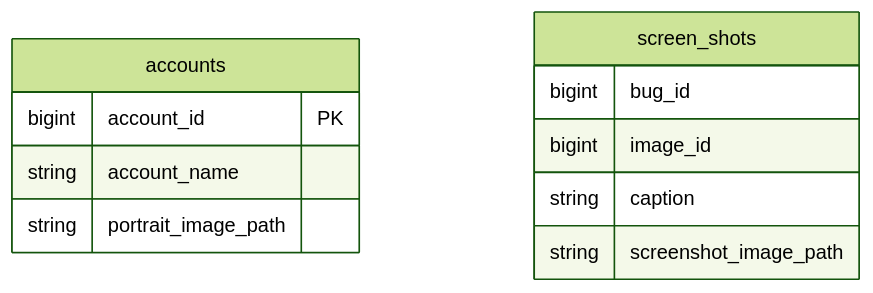
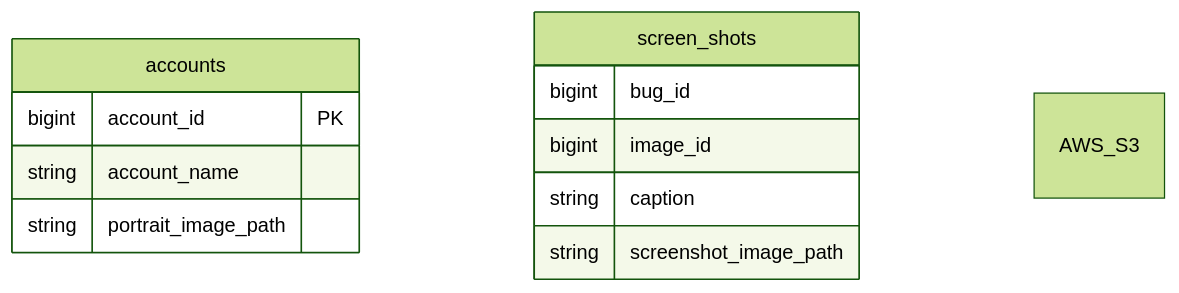
One commit to kuromitsu0104/TIL changed diagram 15 of 15 in docs/database_design/sql_antipatterns/note.md. Above: the diagram before and after it, drawn with Mermaid (forest theme). The commit also changed other lines of this file, not shown here.

````diff
--- a/docs/database_design/sql_antipatterns/note.md
+++ b/docs/database_design/sql_antipatterns/note.md
@@ -1246,16 +1262,18 @@
     ```mermaid
     erDiagram
 
     accounts {
       bigint account_id PK
       string account_name
       string portrait_image_path
     }
 
     screen_shots {
       bigint bug_id
       bigint image_id
       string caption
       string screenshot_image_path
     }
+
+    AWS_S3
     ```
````
